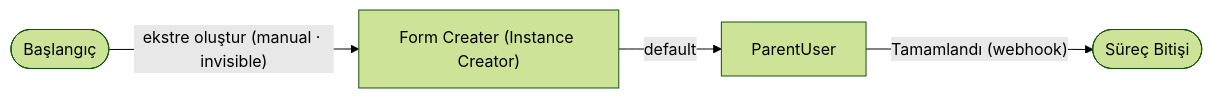
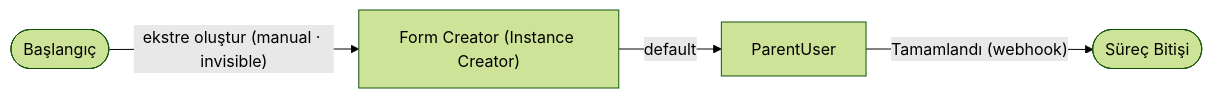
The first of 2 diagrams in bpmEngine/sampleProcess/expenseAndCreditCard/creditCardStatement.md (hiveteamsai/flovo-bpm-doc), drawn with Mermaid (forest theme) before and after one commit. The commit also changed other lines of this file and 51 other files, not shown here.

````diff
--- a/bpmEngine/sampleProcess/expenseAndCreditCard/creditCardStatement.md
+++ b/bpmEngine/sampleProcess/expenseAndCreditCard/creditCardStatement.md
@@ -11,11 +11,11 @@
 ```mermaid
 flowchart LR
   start(["Başlangıç"])
-  fc["Form Creater (Instance Creator)"]
+  fc["Form Creator (Instance Creator)"]
   puser["ParentUser"]
   son(["Süreç Bitişi"])
 
   start -->|"ekstre oluştur (manual · invisible)"| fc
   fc -->|"default"| puser
   puser -->|"Tamamlandı (webhook)"| son
 ```
````
